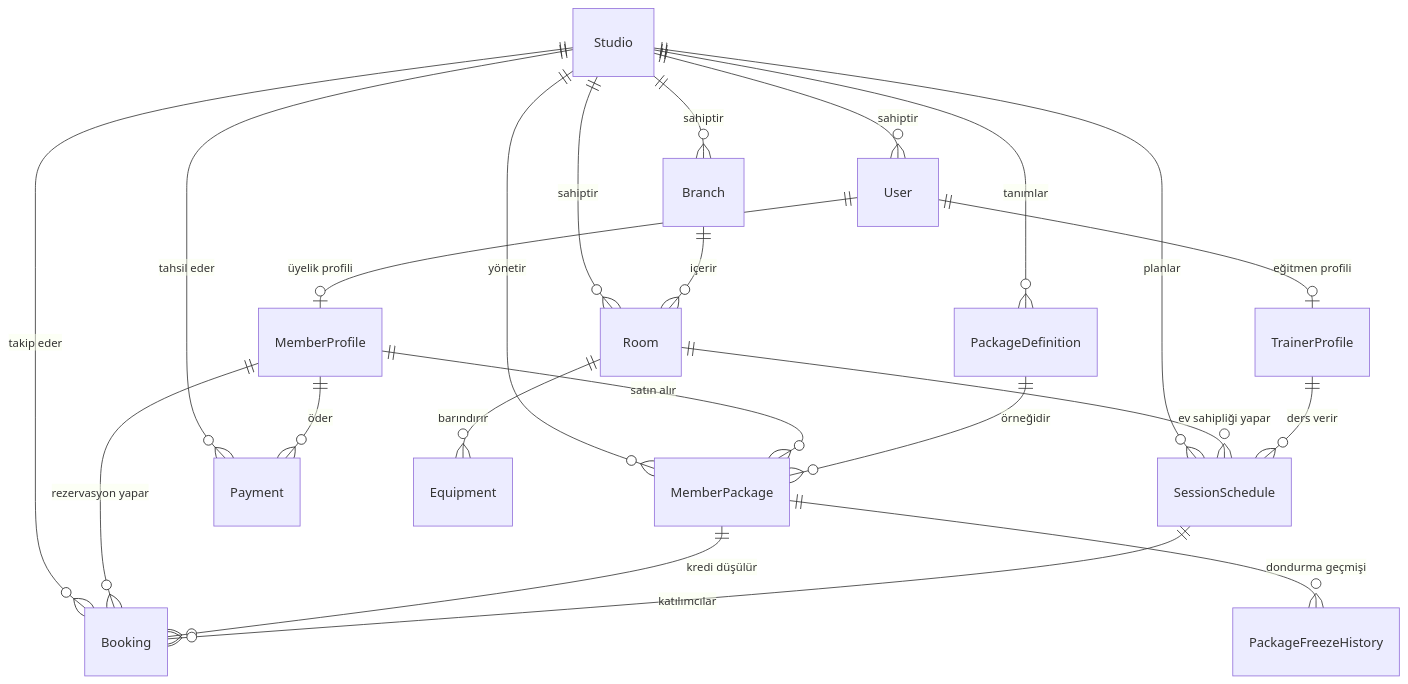
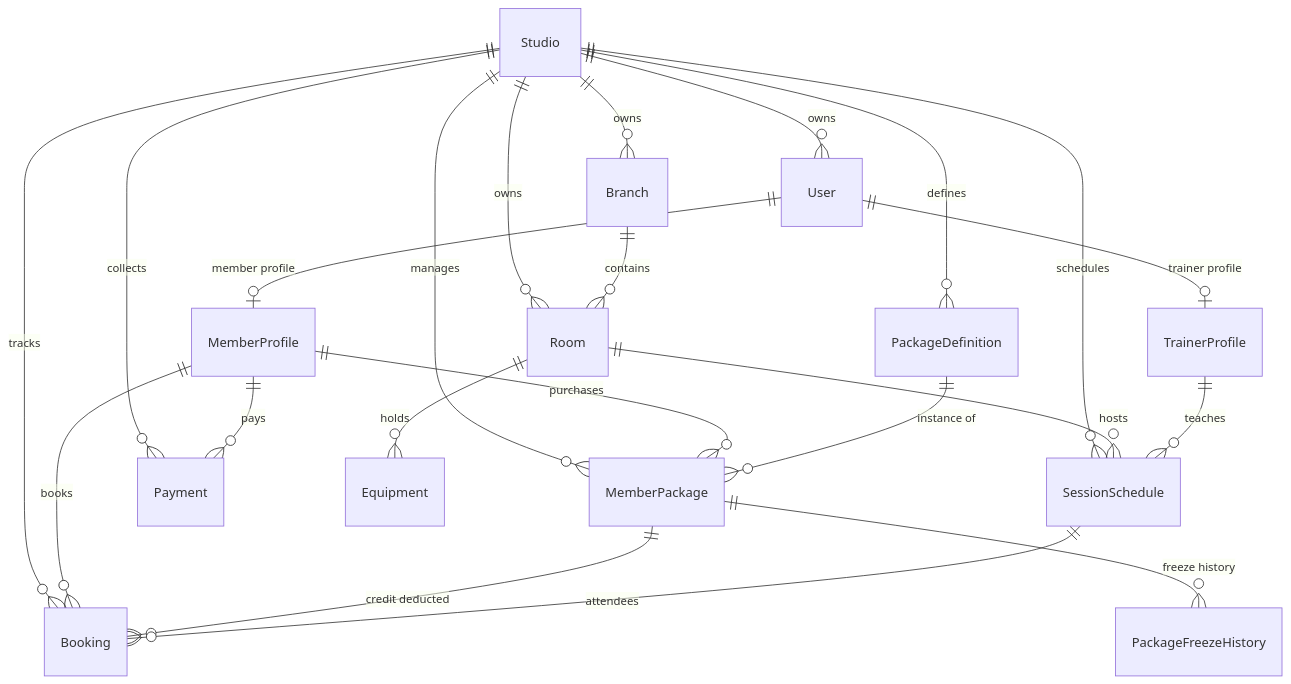
The diagram in docs/DATABASE_ERD.md (kursatessiz/deneme), drawn with Mermaid before and after one commit. The commit also changed other lines of this file and 17 other files, not shown here.

````diff
--- a/docs/DATABASE_ERD.md
+++ b/docs/DATABASE_ERD.md
@@ -9,29 +14,29 @@
 ```mermaid
 erDiagram
-    Studio ||--o{ Branch : "sahiptir"
-    Studio ||--o{ Room : "sahiptir"
-    Studio ||--o{ User : "sahiptir"
-    Studio ||--o{ PackageDefinition : "tanımlar"
-    Studio ||--o{ MemberPackage : "yönetir"
-    Studio ||--o{ SessionSchedule : "planlar"
-    Studio ||--o{ Booking : "takip eder"
-    Studio ||--o{ Payment : "tahsil eder"
+    Studio ||--o{ Branch : "owns"
+    Studio ||--o{ Room : "owns"
+    Studio ||--o{ User : "owns"
+    Studio ||--o{ PackageDefinition : "defines"
+    Studio ||--o{ MemberPackage : "manages"
+    Studio ||--o{ SessionSchedule : "schedules"
+    Studio ||--o{ Booking : "tracks"
+    Studio ||--o{ Payment : "collects"
 
-    Branch ||--o{ Room : "içerir"
-    Room ||--o{ Equipment : "barındırır"
-    Room ||--o{ SessionSchedule : "ev sahipliği yapar"
+    Branch ||--o{ Room : "contains"
+    Room ||--o{ Equipment : "holds"
+    Room ||--o{ SessionSchedule : "hosts"
 
-    User ||--o| MemberProfile : "üyelik profili"
-    User ||--o| TrainerProfile : "eğitmen profili"
+    User ||--o| MemberProfile : "member profile"
+    User ||--o| TrainerProfile : "trainer profile"
 
-    MemberProfile ||--o{ MemberPackage : "satın alır"
-    MemberProfile ||--o{ Booking : "rezervasyon yapar"
-    MemberProfile ||--o{ Payment : "öder"
+    MemberProfile ||--o{ MemberPackage : "purchases"
+    MemberProfile ||--o{ Booking : "books"
+    MemberProfile ||--o{ Payment : "pays"
 
-    PackageDefinition ||--o{ MemberPackage : "örneğidir"
-    MemberPackage ||--o{ PackageFreezeHistory : "dondurma geçmişi"
-    MemberPackage ||--o{ Booking : "kredi düşülür"
+    PackageDefinition ||--o{ MemberPackage : "instance of"
+    MemberPackage ||--o{ PackageFreezeHistory : "freeze history"
+    MemberPackage ||--o{ Booking : "credit deducted"
 
-    TrainerProfile ||--o{ SessionSchedule : "ders verir"
-    SessionSchedule ||--o{ Booking : "katılımcılar"
+    TrainerProfile ||--o{ SessionSchedule : "teaches"
+    SessionSchedule ||--o{ Booking : "attendees"
 ```
````
